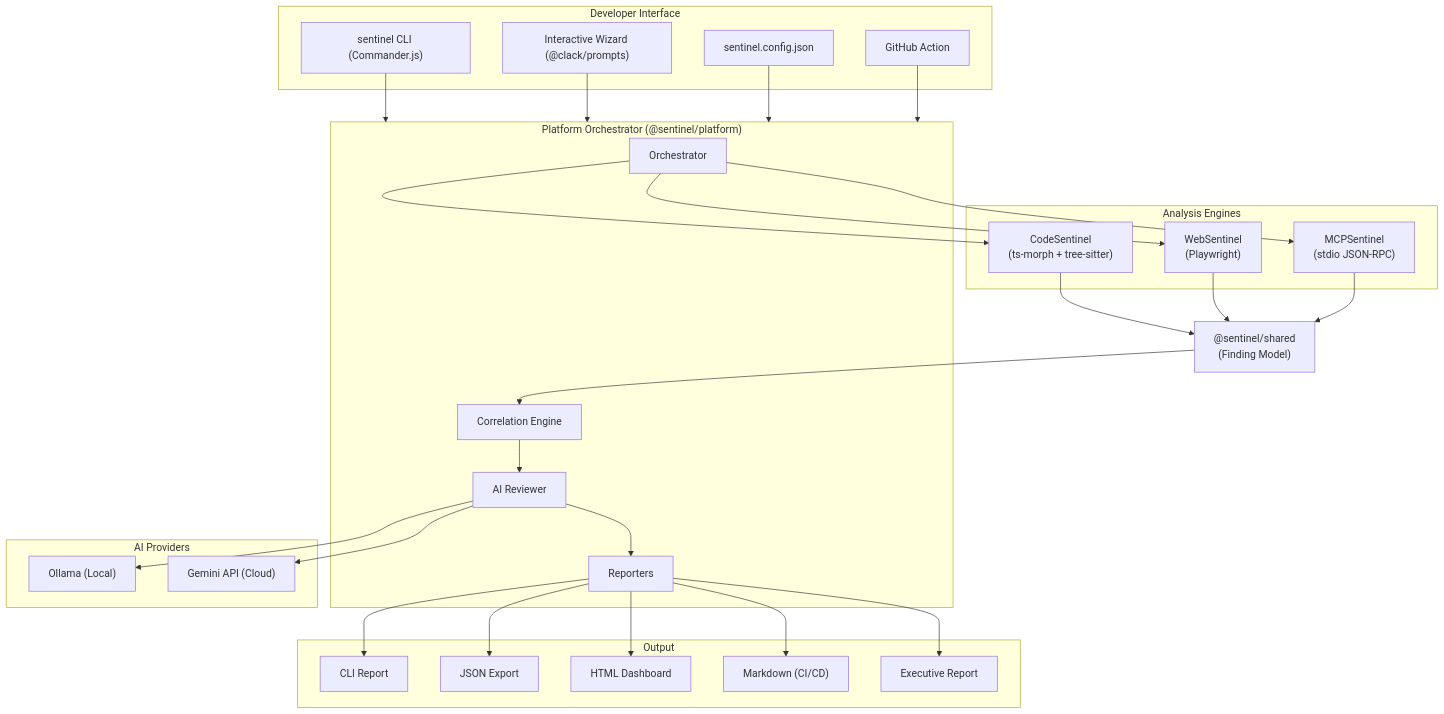
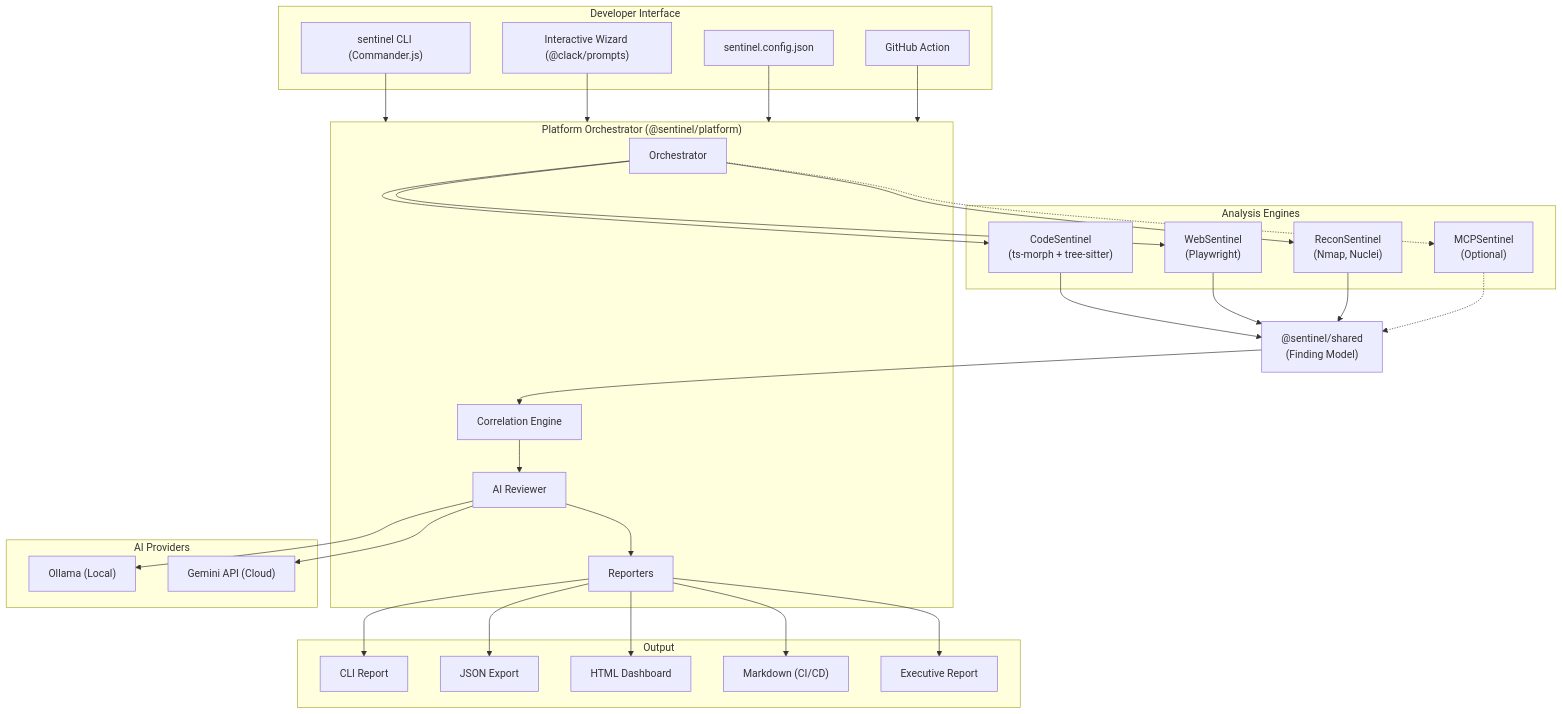
One commit to pushp314/ApTes changed the first of 2 diagrams in packages/docs/architecture/system-overview.md. Above: the diagram before and after it, drawn with Mermaid. The commit also changed other lines of this file and 8 other files, not shown here.

Commit message:
feat: overhaul documentation structure with new Enterprise section, ReconSentinel engine integration, and evaluation harness details.

````diff
--- a/packages/docs/architecture/system-overview.md
+++ b/packages/docs/architecture/system-overview.md
@@ -14,61 +14,64 @@
 ```mermaid
 flowchart TD
     subgraph DeveloperInterface ["Developer Interface"]
         CLI["sentinel CLI (Commander.js)"]
         WIZARD["Interactive Wizard (@clack/prompts)"]
         CONFIG["sentinel.config.json"]
         GHA["GitHub Action"]
     end
 
     CLI --> Platform
     WIZARD --> Platform
     CONFIG --> Platform
     GHA --> Platform
 
     subgraph Platform["Platform Orchestrator (@sentinel/platform)"]
         ORCH[Orchestrator]
         CORR[Correlation Engine]
         AIR[AI Reviewer]
         REP[Reporters]
     end
 
     subgraph Engines["Analysis Engines"]
         CS["CodeSentinel\n(ts-morph + tree-sitter)"]
         WS["WebSentinel\n(Playwright)"]
-        MS["MCPSentinel\n(stdio JSON-RPC)"]
+        RS["ReconSentinel\n(Nmap, Nuclei)"]
+        MS["MCPSentinel\n(Optional)"]
     end
     
     ORCH --> CS
     ORCH --> WS
-    ORCH --> MS
+    ORCH --> RS
+    ORCH -.-> MS
     
     CS --> SHARED["@sentinel/shared\n(Finding Model)"]
     WS --> SHARED
-    MS --> SHARED
+    RS --> SHARED
+    MS -.-> SHARED
     
     SHARED --> CORR
     CORR --> AIR
     
     subgraph AI["AI Providers"]
         OLLAMA["Ollama (Local)"]
         GEMINI["Gemini API (Cloud)"]
     end
     
     AIR --> OLLAMA
     AIR --> GEMINI
     AIR --> REP
     
     subgraph Output
         CLIR["CLI Report"]
         JSON["JSON Export"]
         HTML["HTML Dashboard"]
         MD["Markdown (CI/CD)"]
         EXEC["Executive Report"]
     end
     
     REP --> CLIR
     REP --> JSON
     REP --> HTML
     REP --> MD
     REP --> EXEC
 ```
````
